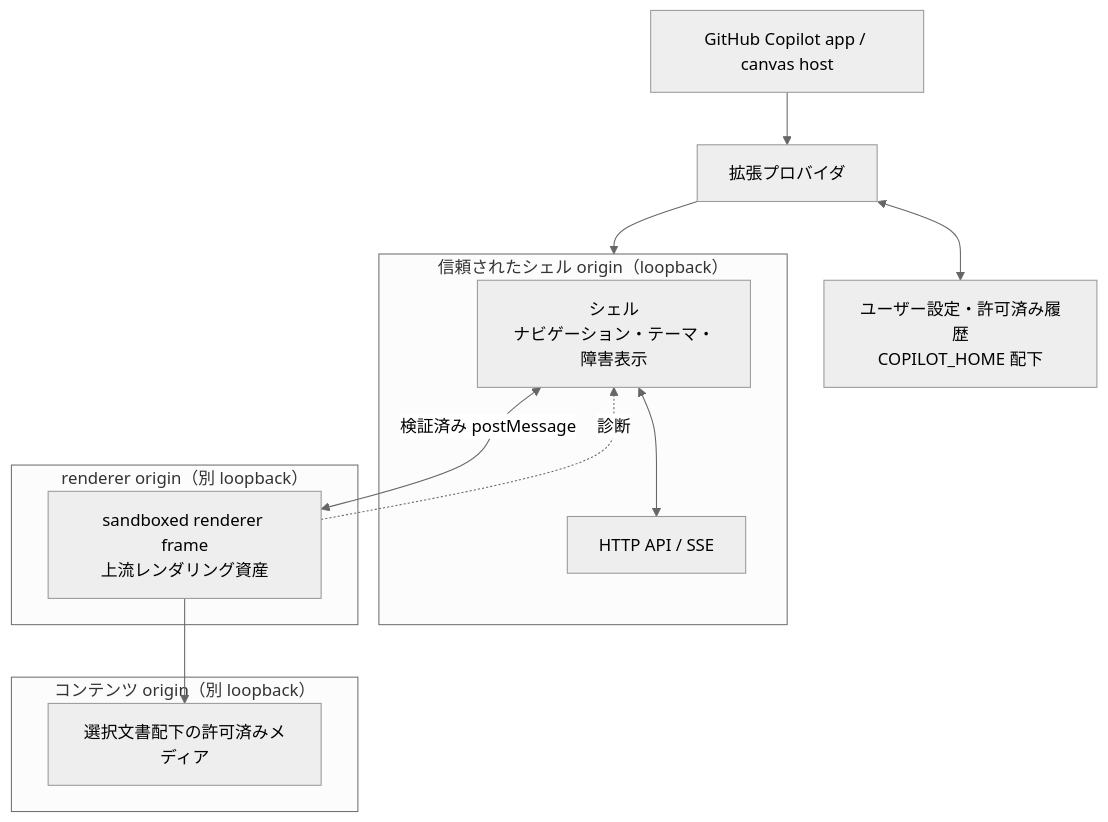
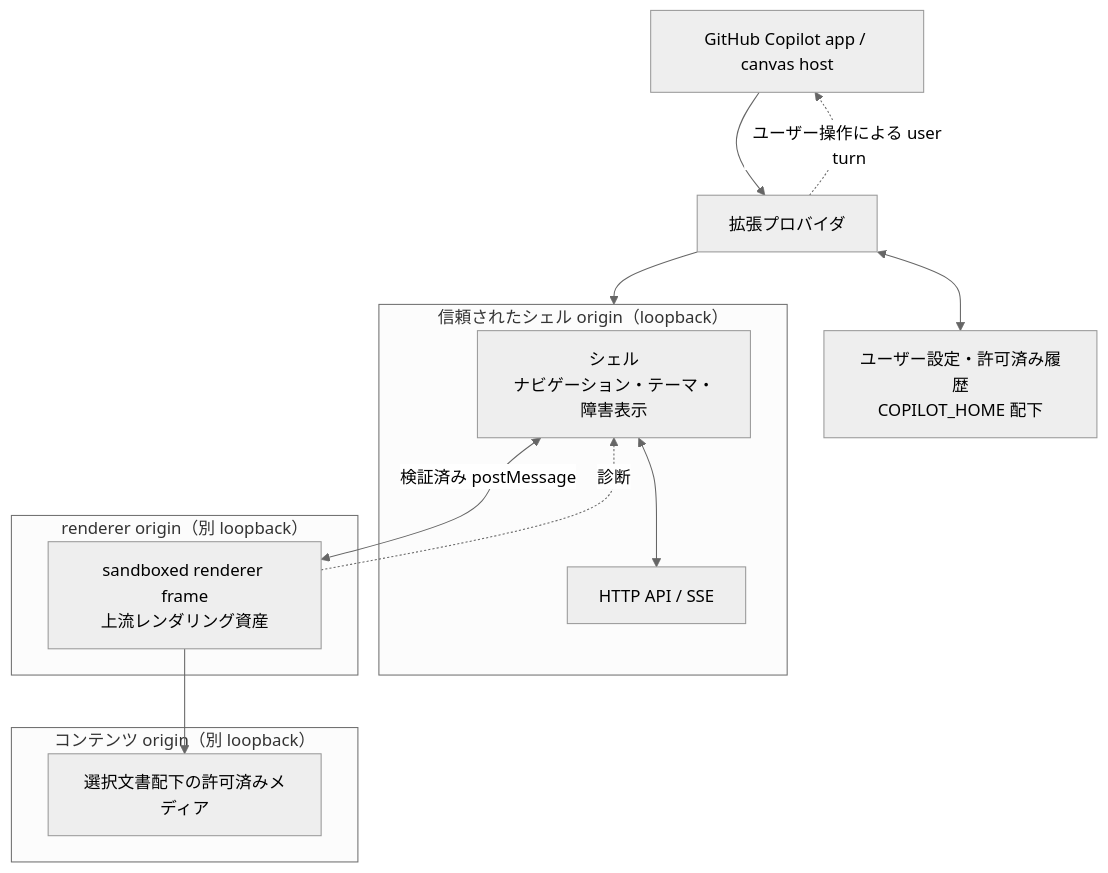
The diagram in docs/architecture.md (runceel/SkimDownForGitHubCopilotApp), drawn with Mermaid (neutral theme) before and after one commit. The commit also changed other lines of this file and 13 other files, not shown here.

````diff
--- a/docs/architecture.md
+++ b/docs/architecture.md
@@ -25,27 +27,28 @@
 ```mermaid
 flowchart TB
     host["GitHub Copilot app / canvas host"]
     provider["拡張プロバイダ"]
     state["ユーザー設定・許可済み履歴<br/>COPILOT_HOME 配下"]
 
     subgraph asset["信頼されたシェル origin（loopback）"]
         shell["シェル<br/>ナビゲーション・テーマ・障害表示"]
         api["HTTP API / SSE"]
     end
 
     subgraph render["renderer origin（別 loopback）"]
         renderer["sandboxed renderer frame<br/>上流レンダリング資産"]
     end
 
     subgraph content["コンテンツ origin（別 loopback）"]
         media["選択文書配下の許可済みメディア"]
     end
 
     host --> provider
     provider --> asset
     provider <--> state
+    provider -.->|"ユーザー操作による user turn"| host
     shell <-->|"検証済み postMessage"| renderer
     shell <--> api
     renderer -. "診断" .-> shell
     renderer --> media
 ```
````
